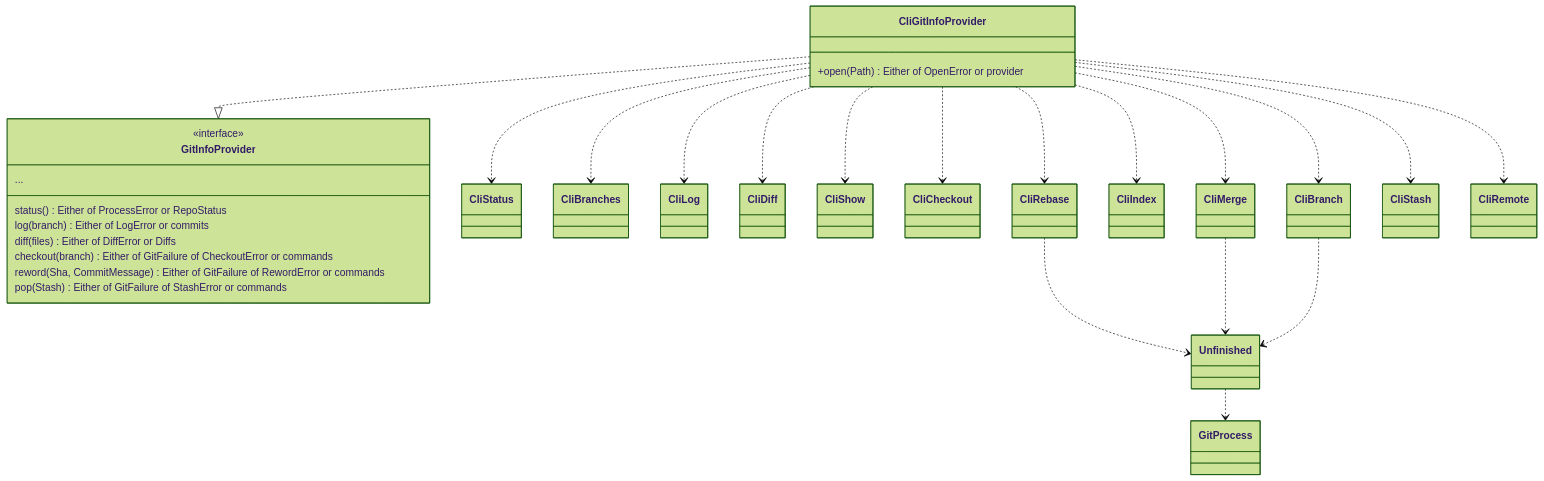
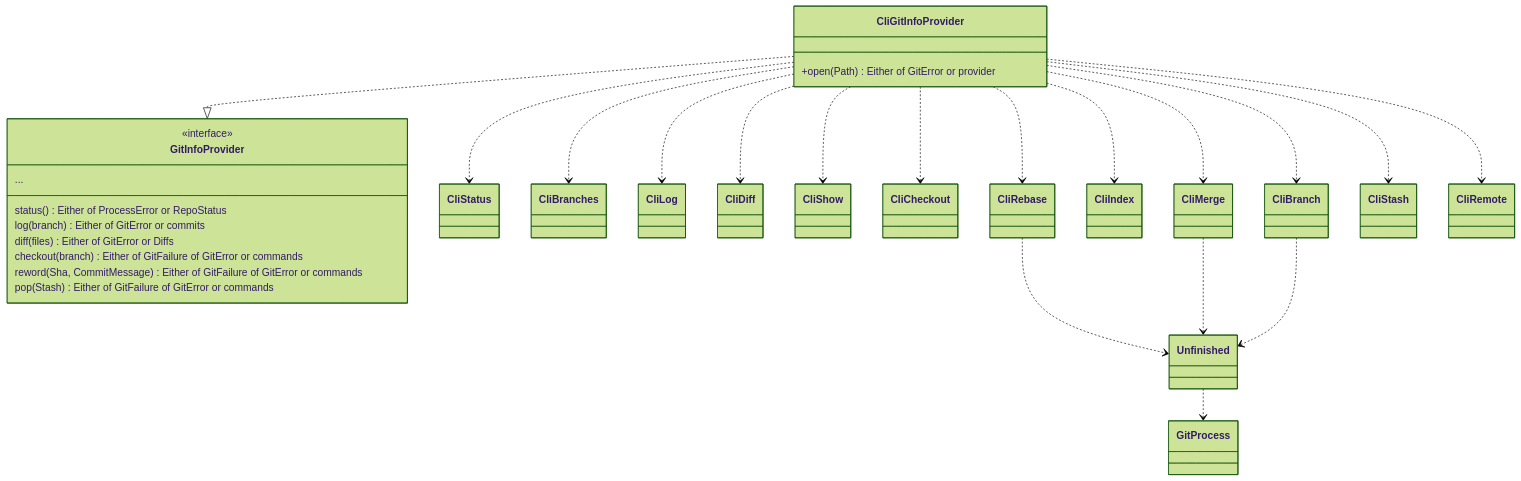
Before and after one commit to cvanfleteren/jazygit: the fourth of 7 diagrams in ARCHITECTURE.md, drawn with Mermaid (forest theme). The commit also changed other lines of this file and 18 other files, not shown here.

Commit message:
simplify GitError

````diff
--- a/ARCHITECTURE.md
+++ b/ARCHITECTURE.md
@@ -323,33 +323,33 @@
 ```mermaid
 classDiagram
     class GitInfoProvider {
         <<interface>>
         status() Either of ProcessError or RepoStatus
-        log(branch) Either of LogError or commits
-        diff(files) Either of DiffError or Diffs
-        checkout(branch) Either of GitFailure of CheckoutError or commands
-        reword(Sha, CommitMessage) Either of GitFailure of RewordError or commands
-        pop(Stash) Either of GitFailure of StashError or commands
+        log(branch) Either of GitError or commits
+        diff(files) Either of GitError or Diffs
+        checkout(branch) Either of GitFailure of GitError or commands
+        reword(Sha, CommitMessage) Either of GitFailure of GitError or commands
+        pop(Stash) Either of GitFailure of GitError or commands
         ...
     }
     class CliGitInfoProvider {
-        +open(Path) Either of OpenError or provider
+        +open(Path) Either of GitError or provider
     }
     CliGitInfoProvider ..|> GitInfoProvider
     CliGitInfoProvider ..> CliStatus
     CliGitInfoProvider ..> CliBranches
     CliGitInfoProvider ..> CliLog
     CliGitInfoProvider ..> CliDiff
     CliGitInfoProvider ..> CliShow
     CliGitInfoProvider ..> CliCheckout
     CliGitInfoProvider ..> CliBranch
     CliGitInfoProvider ..> CliIndex
     CliGitInfoProvider ..> CliMerge
     CliGitInfoProvider ..> CliRebase
     CliGitInfoProvider ..> CliStash
     CliGitInfoProvider ..> CliRemote
     CliRebase ..> Unfinished
     CliMerge ..> Unfinished
     CliBranch ..> Unfinished
     Unfinished ..> GitProcess
 ```
````
